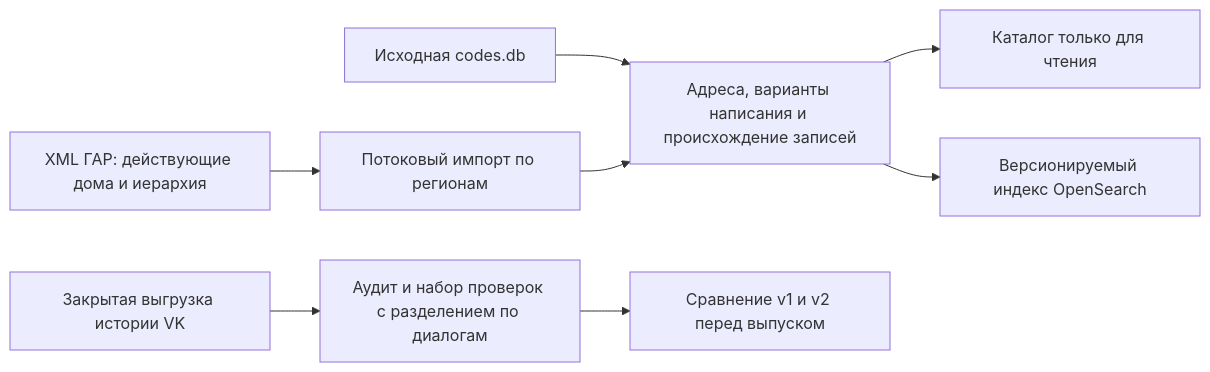
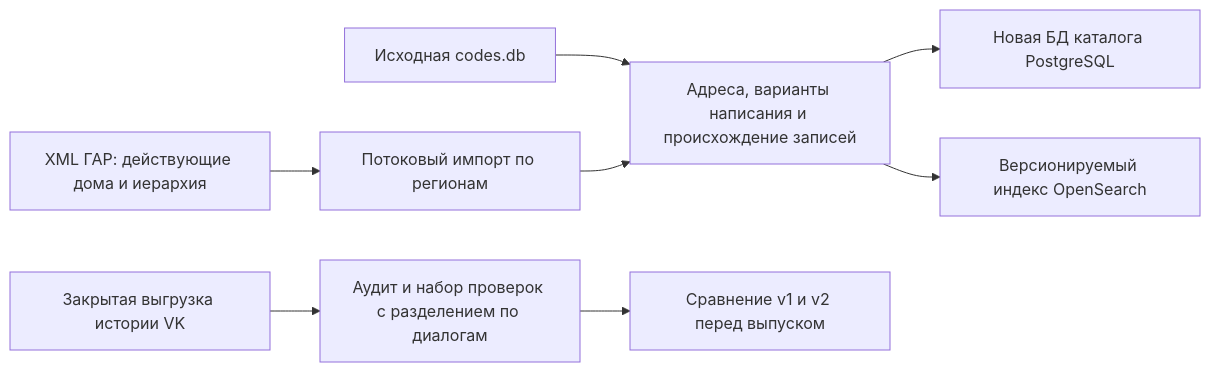
The fourth of 4 diagrams in README.md (omkality/domofomka), drawn with Mermaid before and after one commit. The commit also changed other lines of this file and 10 other files, not shown here.

Commit message:
docs: publish PostgreSQL schema, recovery procedure and dev verification

````diff
--- a/README.md
+++ b/README.md
@@ -55,10 +66,10 @@
 ```mermaid
 flowchart LR
     GAR[XML ГАР: действующие дома и иерархия] --> IMP[Потоковый импорт по регионам]
     OLD[Исходная codes.db] --> N[Адреса, варианты написания и происхождение записей]
     IMP --> N
-    N --> CAT[Каталог только для чтения]
+    N --> CAT[Новая БД каталога PostgreSQL]
     N --> IDX[Версионируемый индекс OpenSearch]
     HISTORY[Закрытая выгрузка истории VK] --> AUDIT[Аудит и набор проверок с разделением по диалогам]
     AUDIT --> TEST[Сравнение v1 и v2 перед выпуском]
 ```
````
